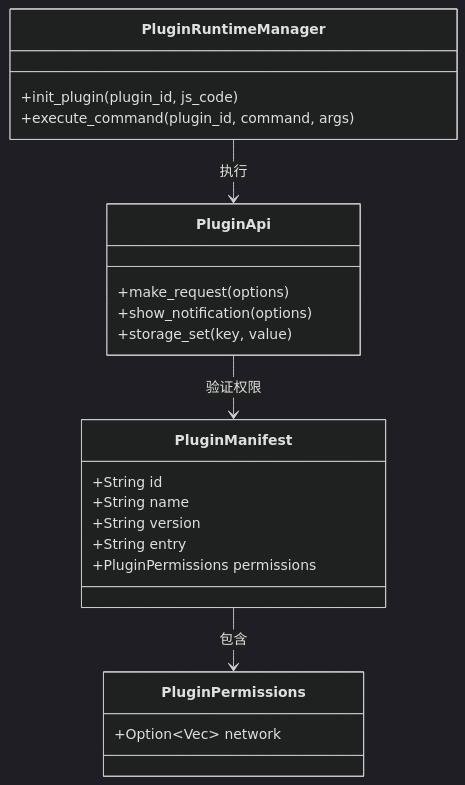
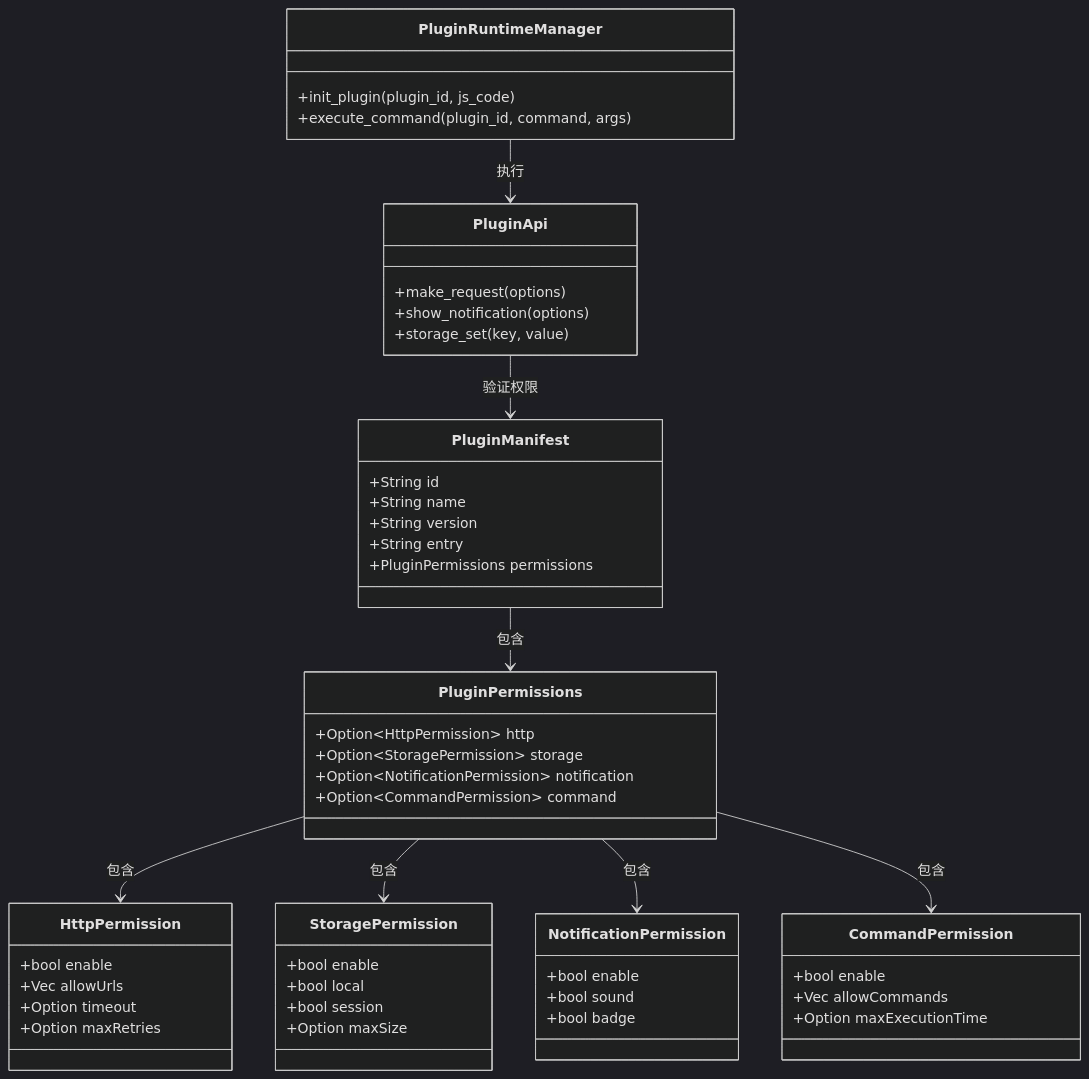
One commit to Onin-app/Onin changed the third of 4 diagrams in .qoder/repowiki/zh/content/核心功能详解/插件系统架构/插件权限控制.md. Above: the diagram before and after it, drawn with Mermaid (dark theme). The commit also changed other lines of this file and 14 other files, not shown here.

````diff
--- a/.qoder/repowiki/zh/content/核心功能详解/插件系统架构/插件权限控制.md
+++ b/.qoder/repowiki/zh/content/核心功能详解/插件系统架构/插件权限控制.md
@@ -154,25 +194,54 @@
 ```mermaid
 classDiagram
 class PluginManifest {
 +String id
 +String name
 +String version
 +String entry
 +PluginPermissions permissions
 }
 class PluginPermissions {
-+Option~Vec<String>~ network
++Option~HttpPermission~ http
++Option~StoragePermission~ storage
++Option~NotificationPermission~ notification
++Option~CommandPermission~ command
+}
+class HttpPermission {
++bool enable
++Vec<String> allowUrls
++Option<u64> timeout
++Option<u32> maxRetries
+}
+class StoragePermission {
++bool enable
++bool local
++bool session
++Option<String> maxSize
+}
+class NotificationPermission {
++bool enable
++bool sound
++bool badge
+}
+class CommandPermission {
++bool enable
++Vec<String> allowCommands
++Option<u64> maxExecutionTime
 }
 class PluginRuntimeManager {
 +init_plugin(plugin_id, js_code)
 +execute_command(plugin_id, command, args)
 }
 class PluginApi {
 +make_request(options)
 +show_notification(options)
 +storage_set(key, value)
 }
 PluginManifest --> PluginPermissions : 包含
+PluginPermissions --> HttpPermission : 包含
+PluginPermissions --> StoragePermission : 包含
+PluginPermissions --> NotificationPermission : 包含
+PluginPermissions --> CommandPermission : 包含
 PluginRuntimeManager --> PluginApi : 执行
 PluginApi --> PluginManifest : 验证权限
 ```
````
